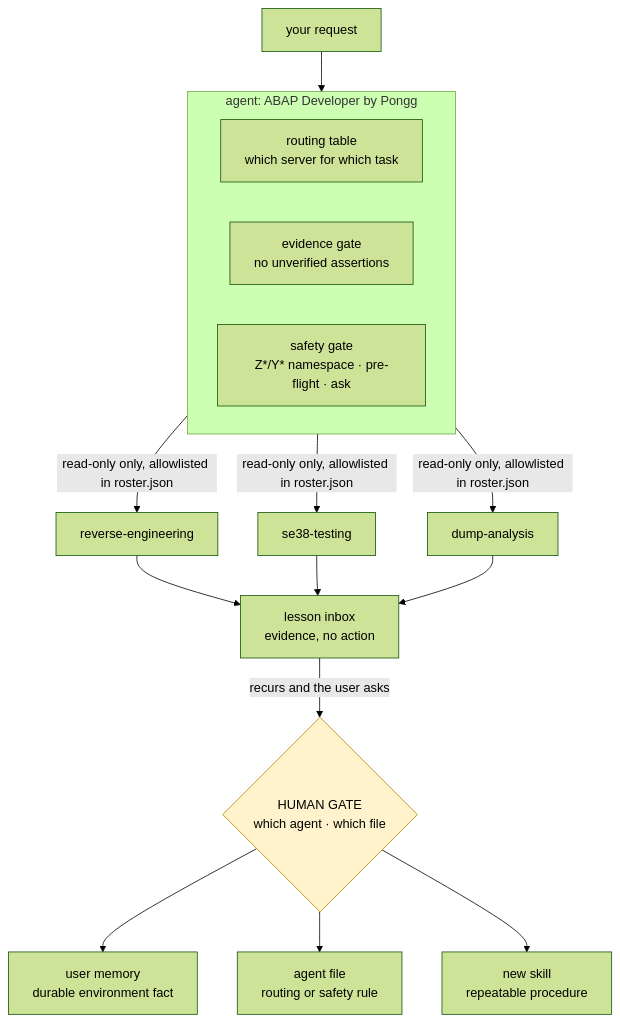
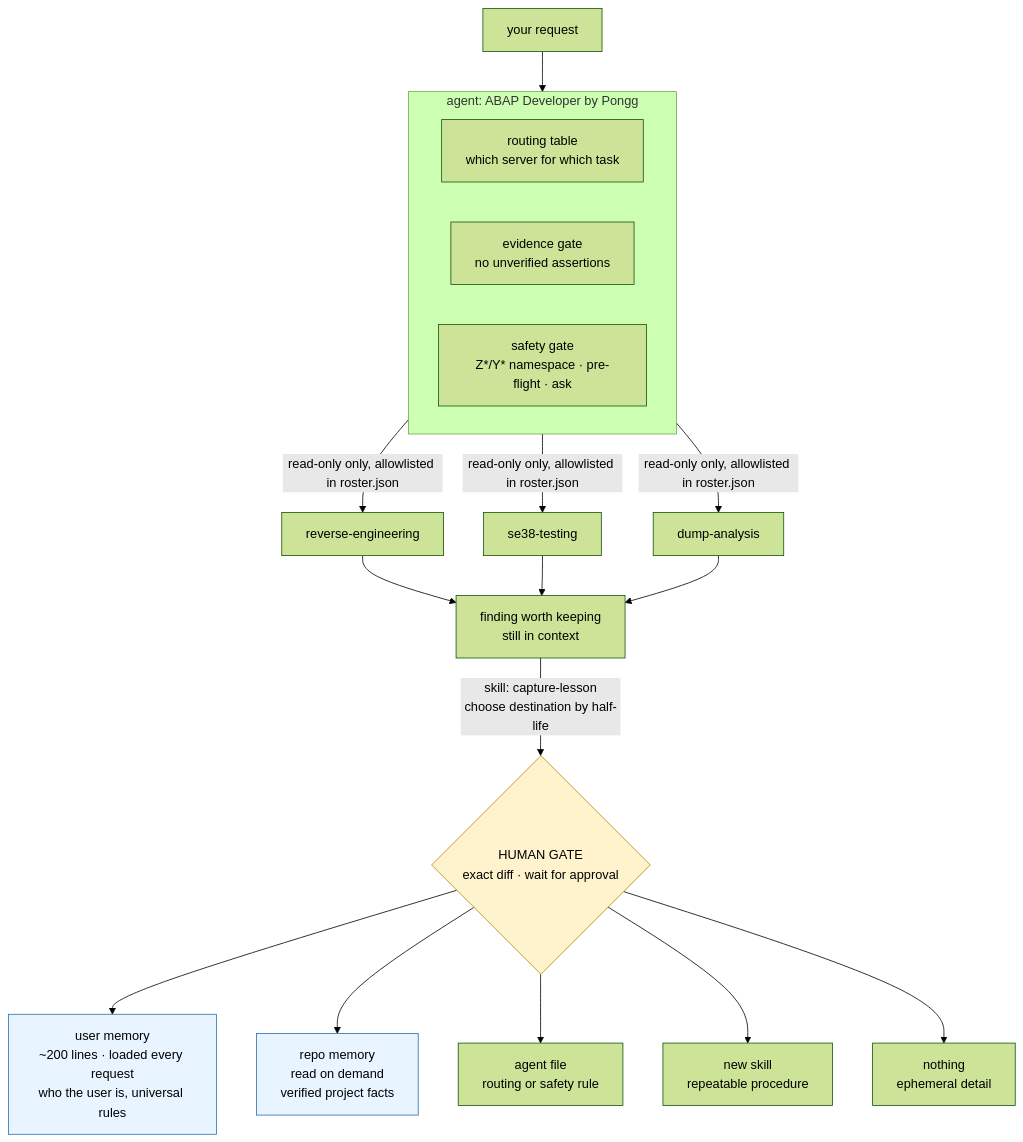
Before and after one commit to naruepan2/abap-copilot-kit: the diagram in README.md, drawn with Mermaid (forest theme). The commit also changed other lines of this file and 2 other files, not shown here.

Commit message:
add capture-lesson skill; show repo memory as a second layer in the diagram

````diff
--- a/README.md
+++ b/README.md
@@ -80,26 +83,30 @@
 ```mermaid
 flowchart TD
     U[your request] --> A
 
     subgraph A[agent: ABAP Developer by Pongg]
         R[routing table<br/>which server for which task]
         E[evidence gate<br/>no unverified assertions]
         S[safety gate<br/>Z*/Y* namespace · pre-flight · ask]
     end
 
     A -->|read-only only, allowlisted in roster.json| D1[reverse-engineering]
     A -->|read-only only, allowlisted in roster.json| D2[se38-testing]
     A -->|read-only only, allowlisted in roster.json| D3[dump-analysis]
 
-    D1 --> L[lesson inbox<br/>evidence, no action]
+    D1 --> L[finding worth keeping<br/>still in context]
     D2 --> L
     D3 --> L
 
-    L -->|recurs and the user asks| G{HUMAN GATE<br/>which agent · which file}
-    G --> M[user memory<br/>durable environment fact]
+    L -->|skill: capture-lesson<br/>choose destination by half-life| G{HUMAN GATE<br/>exact diff · wait for approval}
+    G --> M[user memory<br/>~200 lines · loaded every request<br/>who the user is, universal rules]
+    G --> P[repo memory<br/>read on demand<br/>verified project facts]
     G --> F[agent file<br/>routing or safety rule]
     G --> K[new skill<br/>repeatable procedure]
+    G --> X[nothing<br/>ephemeral detail]
 
     classDef gate fill:#fff3cd,stroke:#b8860b,color:#000
+    classDef mem fill:#e8f4ff,stroke:#2f6fa8,color:#000
     class G gate
+    class M,P mem
 ```
````
